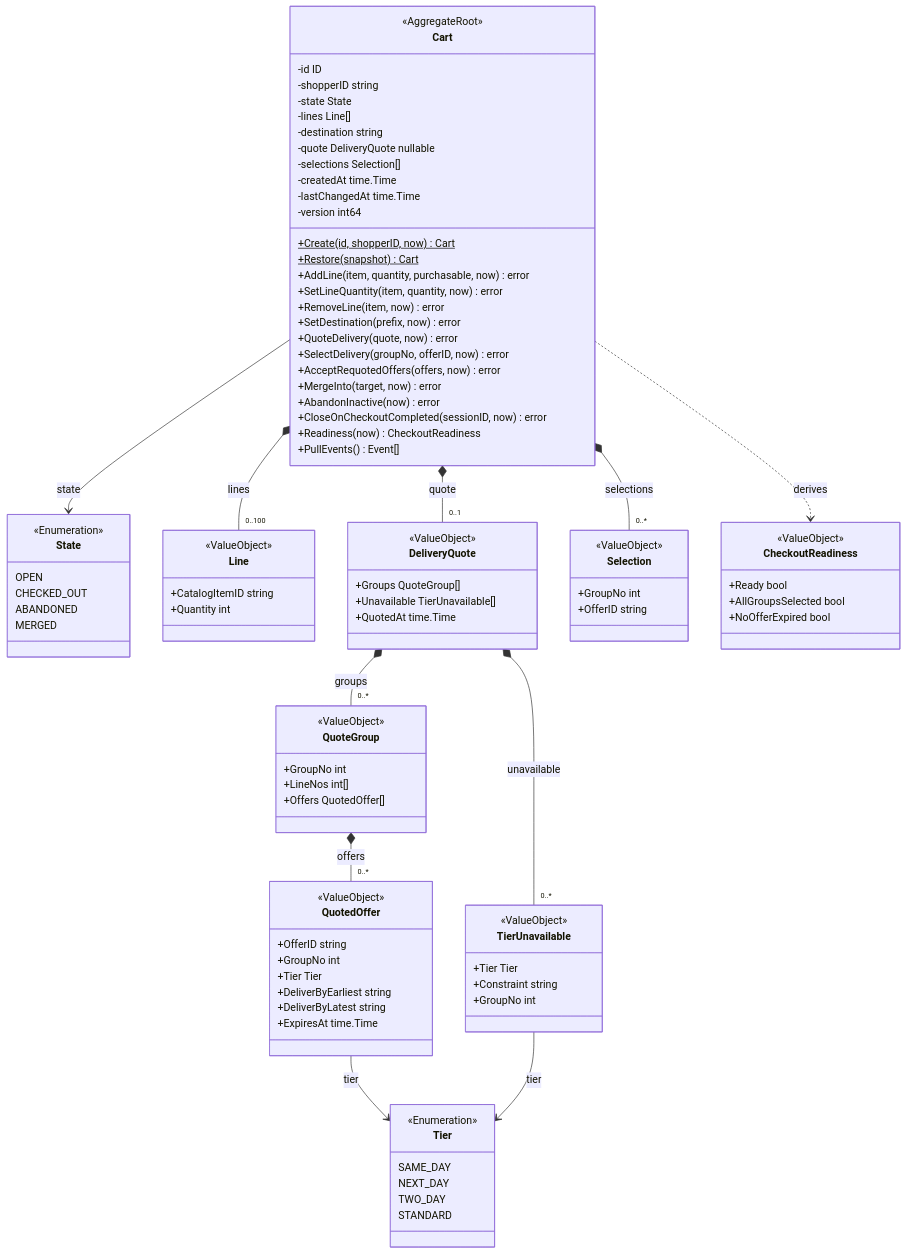
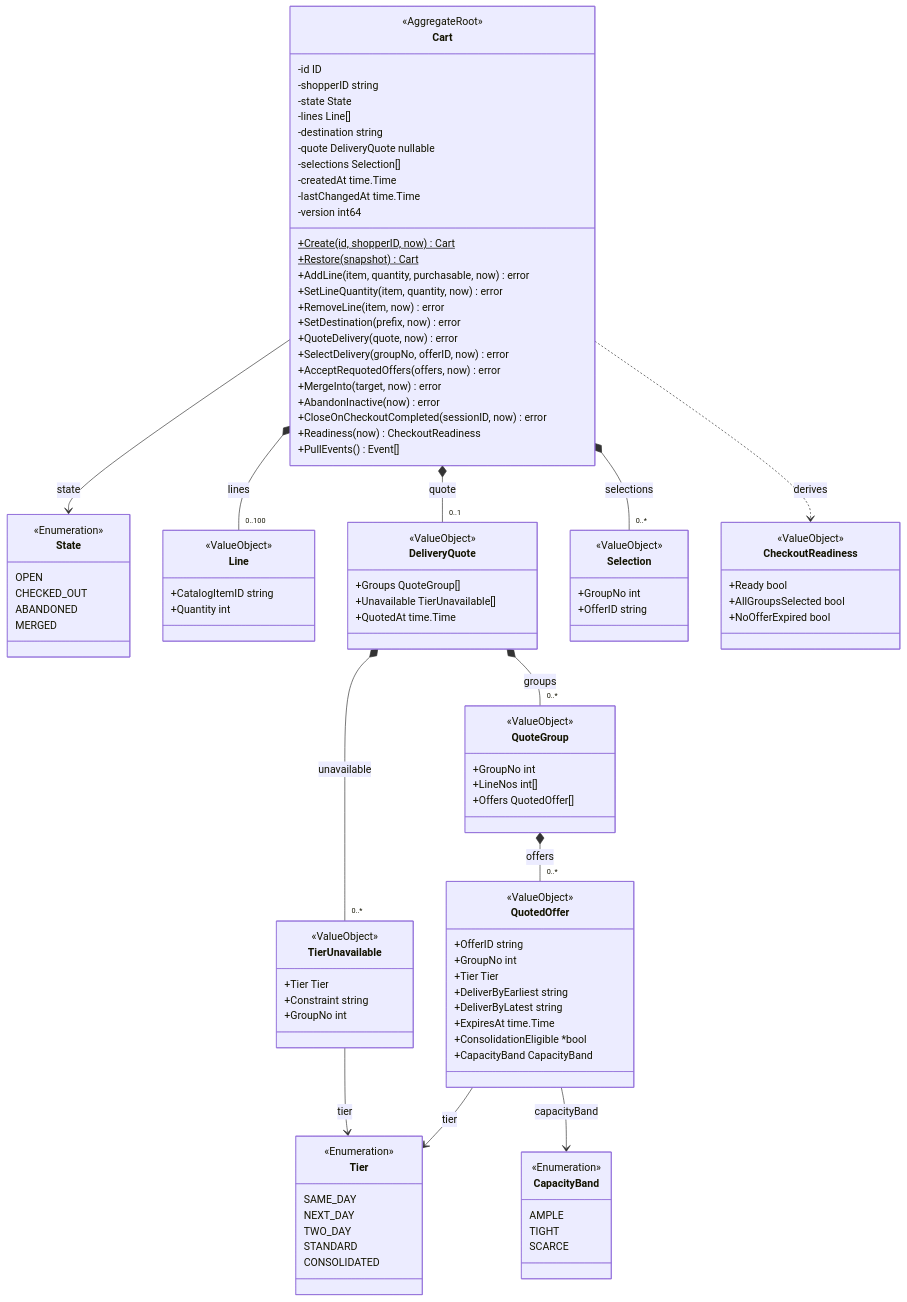
Before and after one commit to IQVO/shopping-cart: the first of 4 diagrams in docs/docs/ddd/class-diagram.md, drawn with Mermaid. The commit also changed other lines of this file and 51 other files, not shown here.

First line of the commit message:
feat(cart): accept delivery-promise's CONSOLIDATED tier and carry the capacity band (#58)

````diff
--- a/docs/docs/ddd/class-diagram.md
+++ b/docs/docs/ddd/class-diagram.md
@@ -80,6 +80,8 @@
         +DeliverByEarliest string
         +DeliverByLatest string
         +ExpiresAt time.Time
+        +ConsolidationEligible *bool
+        +CapacityBand CapacityBand
     }
     class TierUnavailable {
         <<ValueObject>>
@@ -98,6 +100,13 @@
         NEXT_DAY
         TWO_DAY
         STANDARD
+        CONSOLIDATED
+    }
+    class CapacityBand {
+        <<Enumeration>>
+        AMPLE
+        TIGHT
+        SCARCE
     }
     class CheckoutReadiness {
         <<ValueObject>>
@@ -113,6 +122,7 @@
     DeliveryQuote *-- "0..*" TierUnavailable : unavailable
     QuoteGroup *-- "0..*" QuotedOffer : offers
     QuotedOffer --> Tier : tier
+    QuotedOffer --> CapacityBand : capacityBand
     TierUnavailable --> Tier : tier
     Cart ..> CheckoutReadiness : derives
 ```
````
